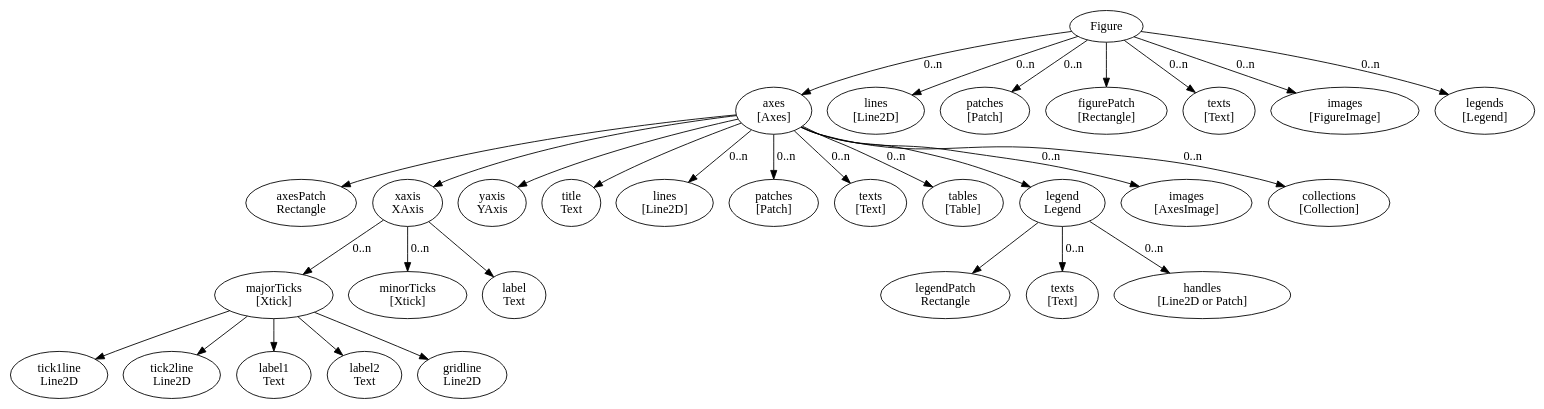
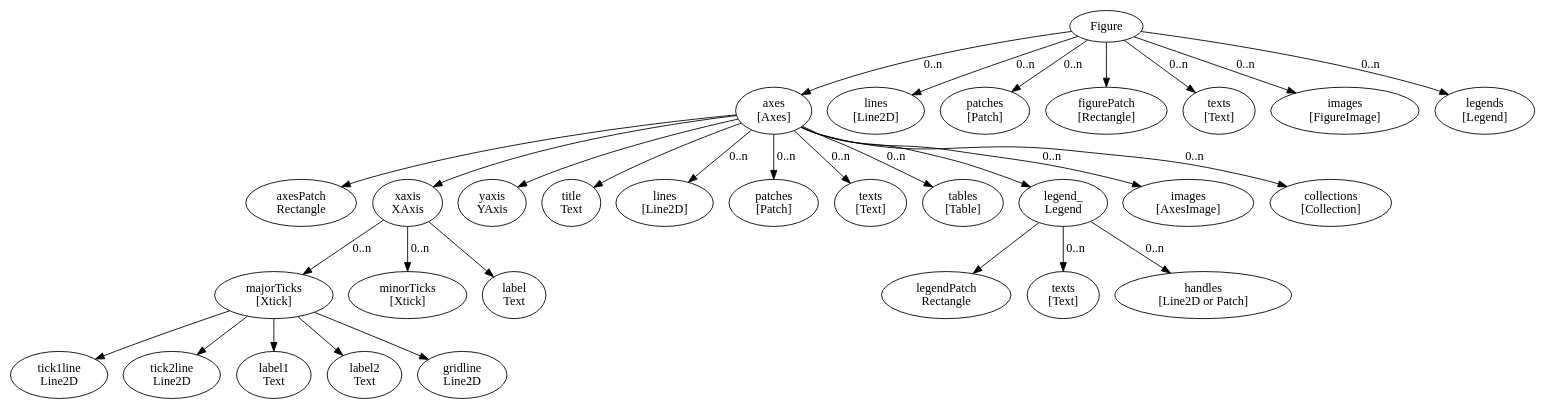
The diagram in users_guide/dot/containment.dot (astraw/matplotlib-ancient), drawn with Graphviz before and after one commit. The commit also changed 67 other files, not shown here.

```diff
--- a/users_guide/dot/containment.dot
+++ b/users_guide/dot/containment.dot
@@ -1,107 +1,107 @@
 digraph G {
     subgraph axes {
     Axes->AxesPatch;
     AxesPatch[label="axesPatch\nRectangle"]
 
     Axes->XAxis;
     XAxis[label="xaxis\nXAxis"]
 
     Axes->YAxis;
     YAxis[label="yaxis\nYAxis"]    
 
     Axes->AxesTitle;
     AxesTitle[label="title\nText"]    
 
     Axes->AxesLines[label="0..n"];
     AxesLines[label="lines\n[Line2D]"]    
 
     Axes->AxesPatches[label="0..n"];
     AxesPatches[label="patches\n[Patch]"]    
 
     Axes->AxesTexts[label="0..n"];
     AxesTexts[label="texts\n[Text]"]    
 
     Axes->AxesTables[label="0..n"];
     AxesTables[label="tables\n[Table]"]    
 
     Axes->Legend;
-    Legend[label="legend\nLegend"]    
+    Legend[label="legend_\nLegend"]    
 
 
     Axes->AxesImages[label="0..n"];
     AxesImages[label="images\n[AxesImage]"]    
 
     Axes->AxesCollections[label="0..n"];
     AxesCollections[label="collections\n[Collection]"]    
 
 
     label="Axes";
     }
 
     subgraph xaxis {
     XAxis->Xtick[label="0..n"];
     Xtick[label="majorTicks\n[Xtick]"];
 
     XAxis->MinorTicks[label="0..n"];
     MinorTicks[label="minorTicks\n[Xtick]"];
 
     XAxis->Xlabel;
     Xlabel[label="label\nText"];
     
     }
 
 
     subgraph xtick {
 
     Xtick->Xtick1line;
     Xtick1line[label="tick1line\nLine2D"];
     Xtick->Xtick2line;
     Xtick2line[label="tick2line\nLine2D"];
 
     Xtick->Xlabel1;
     Xlabel1[label="label1\nText"];
     Xtick->Xlabel2;
     Xlabel2[label="label2\nText"];
 
     Xtick->Xgridline;
     Xgridline[label="gridline\nLine2D"];
 
     
     
 
     }
 
     subgraph legend {
     Legend->LegendPatch;
     LegendPatch[label="legendPatch\nRectangle"];
     Legend->LegendTexts[label="0..n"];
     LegendTexts[label="texts\n[Text]"];
 
     Legend->LegendHandles[label="0..n"];
     LegendHandles[label="handles\n[Line2D or Patch]"];
     
     }
 
 
     Figure->FigureLines[label="0..n"];
     FigureLines[label="lines\n[Line2D]"];
 
     Figure->FigurePatches[label="0..n"];
     FigurePatches[label="patches\n[Patch]"];
 
     Figure->Axes[label="0..n"];
     Axes[label="axes\n[Axes]"];
     Figure->FigurePatch;
     FigurePatch[label="figurePatch\n[Rectangle]"]
  
     Figure->FigureTexts[label="0..n"];
     FigureTexts[label="texts\n[Text]"];
 
     Figure->FigureImages[label="0..n"];
     FigureImages[label="images\n[FigureImage]"];
 
     Figure->FigureLegend[label="0..n"];
     FigureLegend[label="legends\n[Legend]"];
 
     
 }
```
